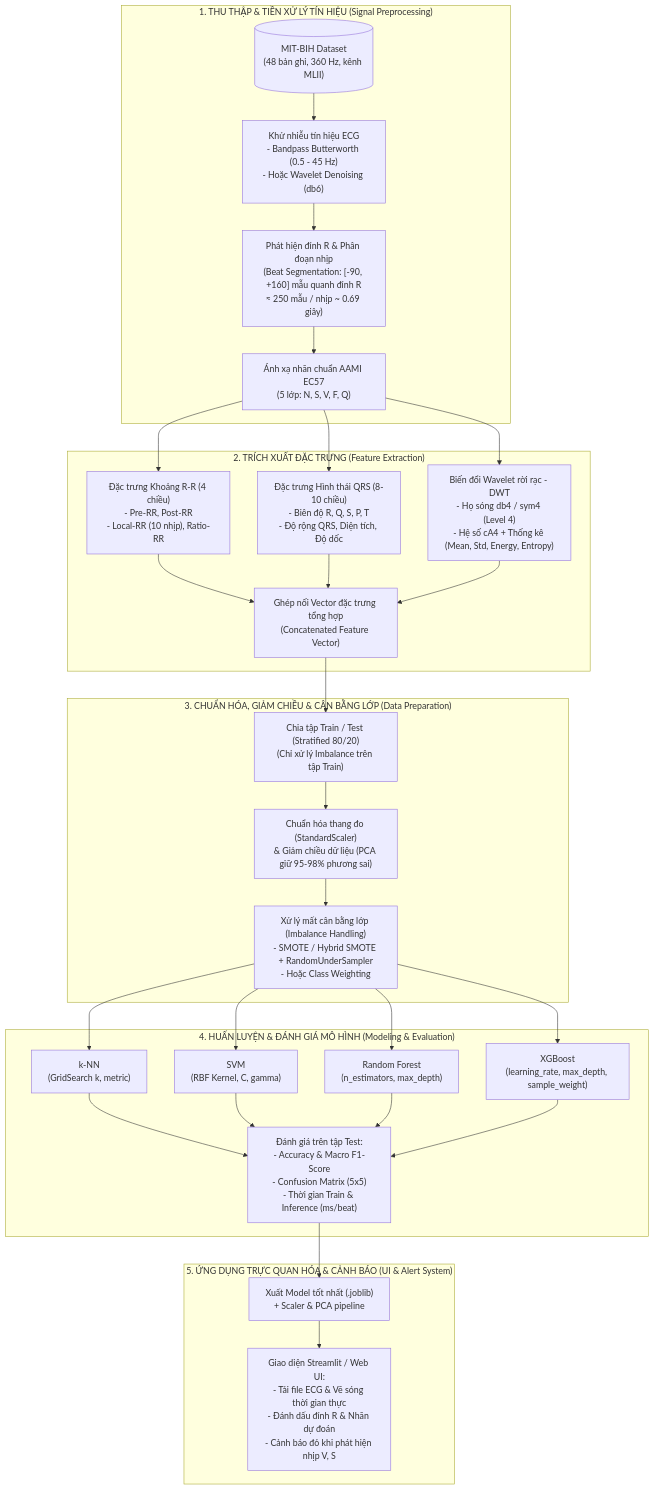
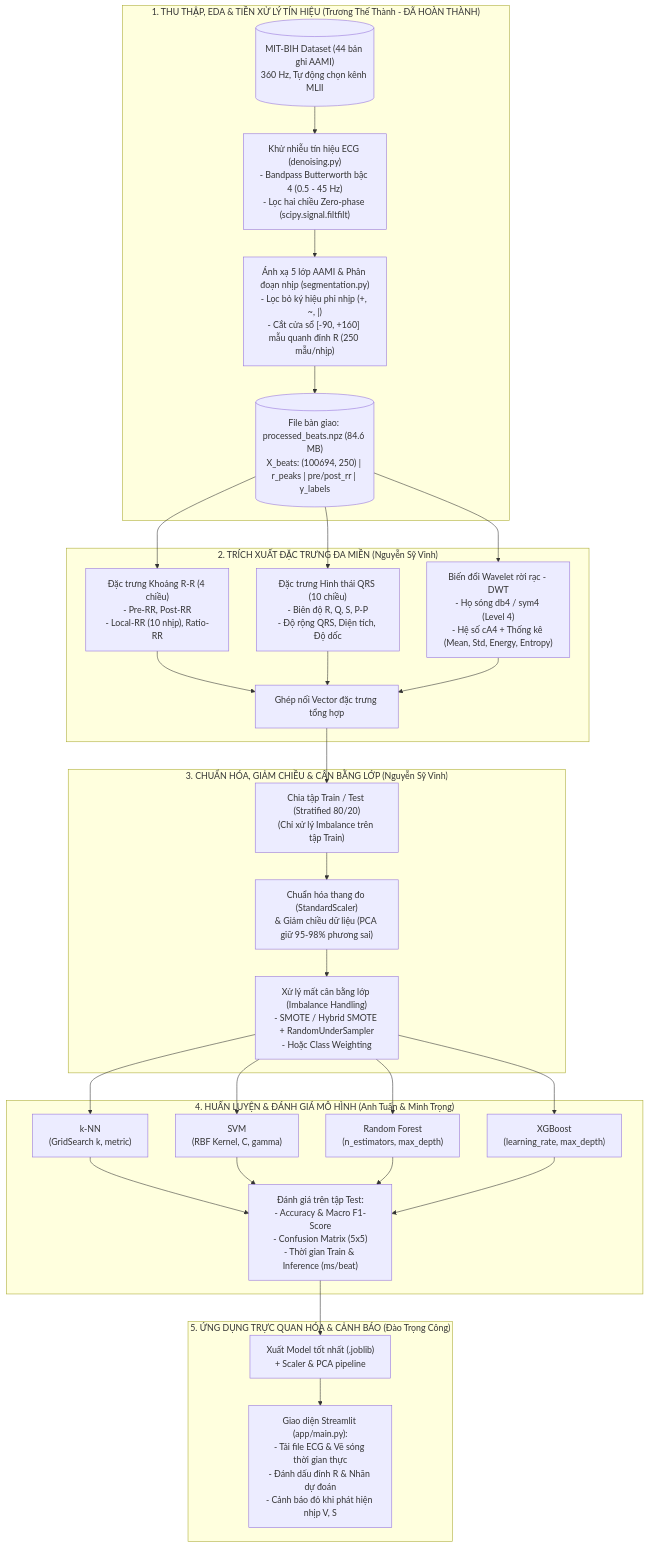
Before and after one commit to truntain/ECG-Arrhythmia-Classification: the diagram in overview.md, drawn with Mermaid. The commit also changed other lines of this file and 13 other files, not shown here.

Commit message:
feat(preprocessing): implement EDA, bandpass denoising, and AAMI beat segmentation (Module 1 - Thanh)

````diff
--- a/overview.md
+++ b/overview.md
@@ -60,34 +62,34 @@
 ```mermaid
 flowchart TD
-    subgraph A ["1. THU THẬP & TIỀN XỬ LÝ TÍN HIỆU (Signal Preprocessing)"]
-        A1[("MIT-BIH Dataset\n(48 bản ghi, 360 Hz, kênh MLII)")] --> A2["Khử nhiễu tín hiệu ECG\n- Bandpass Butterworth (0.5 - 45 Hz)\n- Hoặc Wavelet Denoising (db6)"]
-        A2 --> A3["Phát hiện đỉnh R & Phân đoạn nhịp\n(Beat Segmentation: [-90, +160] mẫu quanh đỉnh R\n≈ 250 mẫu / nhịp ~ 0.69 giây)"]
-        A3 --> A4["Ánh xạ nhãn chuẩn AAMI EC57\n(5 lớp: N, S, V, F, Q)"]
+    subgraph A ["1. THU THẬP, EDA & TIỀN XỬ LÝ TÍN HIỆU (Trương Thế Thành - ĐÃ HOÀN THÀNH)"]
+        A1[("MIT-BIH Dataset (44 bản ghi AAMI)\n360 Hz, Tự động chọn kênh MLII")] --> A2["Khử nhiễu tín hiệu ECG (denoising.py)\n- Bandpass Butterworth bậc 4 (0.5 - 45 Hz)\n- Lọc hai chiều Zero-phase (scipy.signal.filtfilt)"]
+        A2 --> A3["Ánh xạ 5 lớp AAMI & Phân đoạn nhịp (segmentation.py)\n- Lọc bỏ ký hiệu phi nhịp (+, ~, |)\n- Cắt cửa sổ [-90, +160] mẫu quanh đỉnh R (250 mẫu/nhịp)"]
+        A3 --> A4[("File bàn giao: processed_beats.npz (84.6 MB)\nX_beats: (100694, 250) | r_peaks | pre/post_rr | y_labels")]
     end
 
-    subgraph B ["2. TRÍCH XUẤT ĐẶC TRƯNG (Feature Extraction)"]
+    subgraph B ["2. TRÍCH XUẤT ĐẶC TRƯNG ĐA MIỀN (Nguyễn Sỹ Vinh)"]
         A4 --> B1["Đặc trưng Khoảng R-R (4 chiều)\n- Pre-RR, Post-RR\n- Local-RR (10 nhịp), Ratio-RR"]
-        A4 --> B2["Đặc trưng Hình thái QRS (8-10 chiều)\n- Biên độ R, Q, S, P, T\n- Độ rộng QRS, Diện tích, Độ dốc"]
+        A4 --> B2["Đặc trưng Hình thái QRS (10 chiều)\n- Biên độ R, Q, S, P-P\n- Độ rộng QRS, Diện tích, Độ dốc"]
         A4 --> B3["Biến đổi Wavelet rời rạc - DWT\n- Họ sóng db4 / sym4 (Level 4)\n- Hệ số cA4 + Thống kê (Mean, Std, Energy, Entropy)"]
-        B1 & B2 & B3 --> B4["Ghép nối Vector đặc trưng tổng hợp\n(Concatenated Feature Vector)"]
+        B1 & B2 & B3 --> B4["Ghép nối Vector đặc trưng tổng hợp"]
     end
 
-    subgraph C ["3. CHUẨN HÓA, GIẢM CHIỀU & CÂN BẰNG LỚP (Data Preparation)"]
+    subgraph C ["3. CHUẨN HÓA, GIẢM CHIỀU & CÂN BẰNG LỚP (Nguyễn Sỹ Vinh)"]
         B4 --> C1["Chia tập Train / Test (Stratified 80/20)\n(Chỉ xử lý Imbalance trên tập Train)"]
         C1 --> C2["Chuẩn hóa thang đo (StandardScaler)\n& Giảm chiều dữ liệu (PCA giữ 95-98% phương sai)"]
         C2 --> C3["Xử lý mất cân bằng lớp (Imbalance Handling)\n- SMOTE / Hybrid SMOTE + RandomUnderSampler\n- Hoặc Class Weighting"]
     end
 
-    subgraph D ["4. HUẤN LUYỆN & ĐÁNH GIÁ MÔ HÌNH (Modeling & Evaluation)"]
+    subgraph D ["4. HUẤN LUYỆN & ĐÁNH GIÁ MÔ HÌNH (Anh Tuấn & Minh Trọng)"]
         C3 --> D1["k-NN\n(GridSearch k, metric)"]
         C3 --> D2["SVM\n(RBF Kernel, C, gamma)"]
         C3 --> D3["Random Forest\n(n_estimators, max_depth)"]
-        C3 --> D4["XGBoost\n(learning_rate, max_depth, sample_weight)"]
+        C3 --> D4["XGBoost\n(learning_rate, max_depth)"]
         D1 & D2 & D3 & D4 --> D5["Đánh giá trên tập Test:\n- Accuracy & Macro F1-Score\n- Confusion Matrix (5x5)\n- Thời gian Train & Inference (ms/beat)"]
     end
 
-    subgraph E ["5. ỨNG DỤNG TRỰC QUAN HÓA & CẢNH BÁO (UI & Alert System)"]
+    subgraph E ["5. ỨNG DỤNG TRỰC QUAN HÓA & CẢNH BÁO (Đào Trọng Công)"]
         D5 --> E1["Xuất Model tốt nhất (.joblib)\n+ Scaler & PCA pipeline"]
-        E1 --> E2["Giao diện Streamlit / Web UI:\n- Tải file ECG & Vẽ sóng thời gian thực\n- Đánh dấu đỉnh R & Nhãn dự đoán\n- Cảnh báo đỏ khi phát hiện nhịp V, S"]
+        E1 --> E2["Giao diện Streamlit (app/main.py):\n- Tải file ECG & Vẽ sóng thời gian thực\n- Đánh dấu đỉnh R & Nhãn dự đoán\n- Cảnh báo đỏ khi phát hiện nhịp V, S"]
     end
 ```
````
